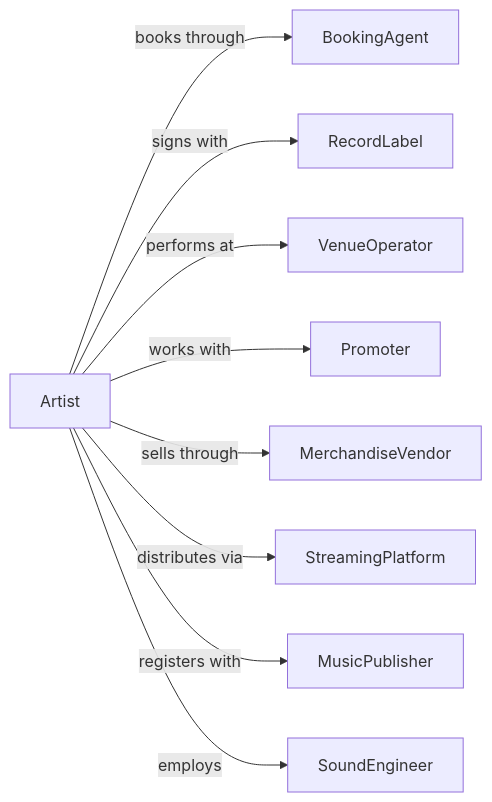
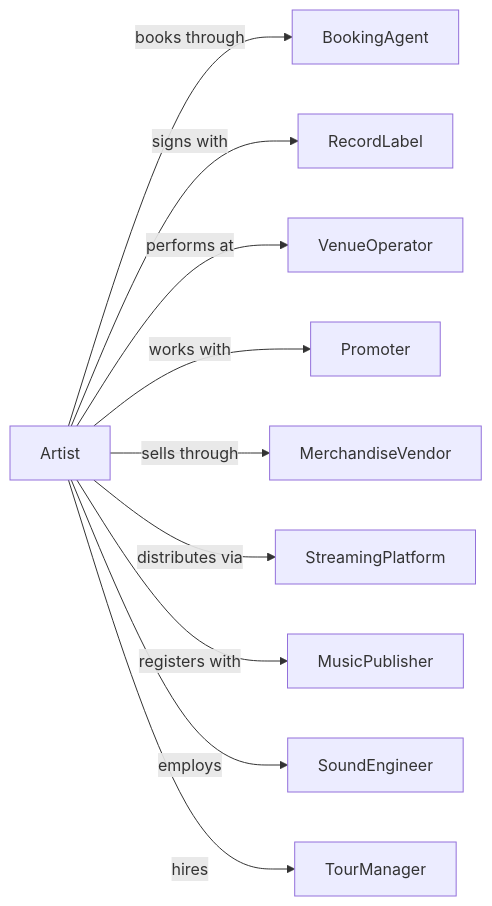
The second of 2 diagrams in Arts/PerformingArtsSpectatorSportsAndRelatedIndustries/PerformingArtsCompanies/MusicalGroupsAndArtists.mdx (dot-org-ai/industries.org.ai), drawn with Mermaid before and after one commit. The commit also changed 588 other files, not shown here.

````diff
--- a/Arts/PerformingArtsSpectatorSportsAndRelatedIndustries/PerformingArtsCompanies/MusicalGroupsAndArtists.mdx
+++ b/Arts/PerformingArtsSpectatorSportsAndRelatedIndustries/PerformingArtsCompanies/MusicalGroupsAndArtists.mdx
@@ -128,13 +128,14 @@
 ```mermaid
 graph LR
     A[Artist]
 
     A -->|books through| BookingAgent
     A -->|signs with| RecordLabel
     A -->|performs at| VenueOperator
     A -->|works with| Promoter
     A -->|sells through| MerchandiseVendor
     A -->|distributes via| StreamingPlatform
     A -->|registers with| MusicPublisher
     A -->|employs| SoundEngineer
+    A -->|hires| TourManager
 ```
````
